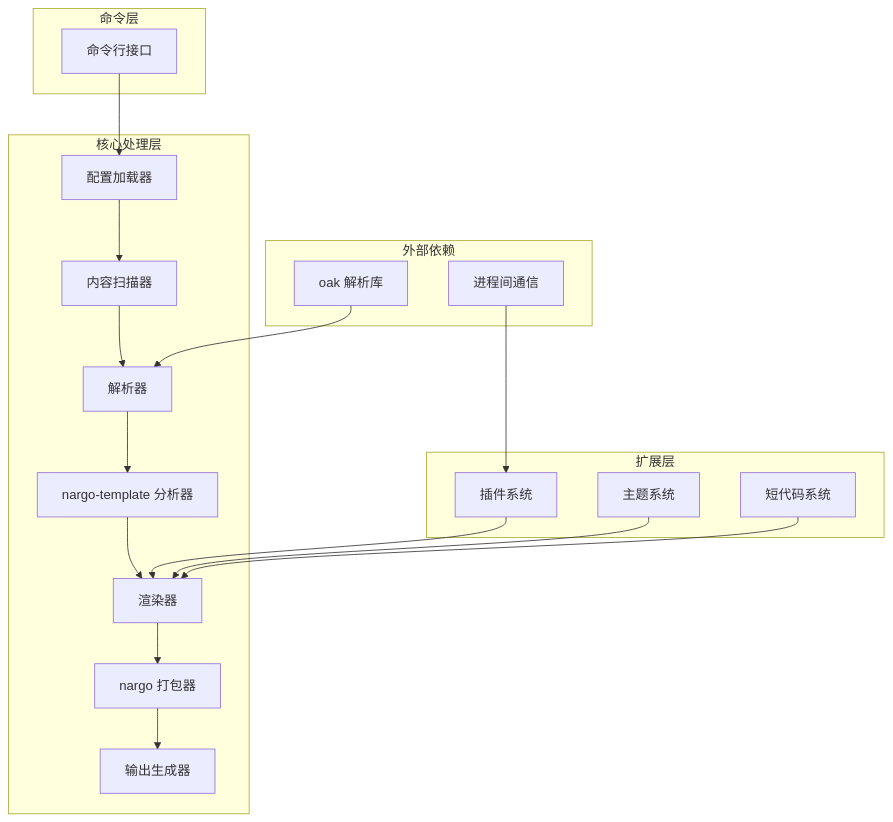
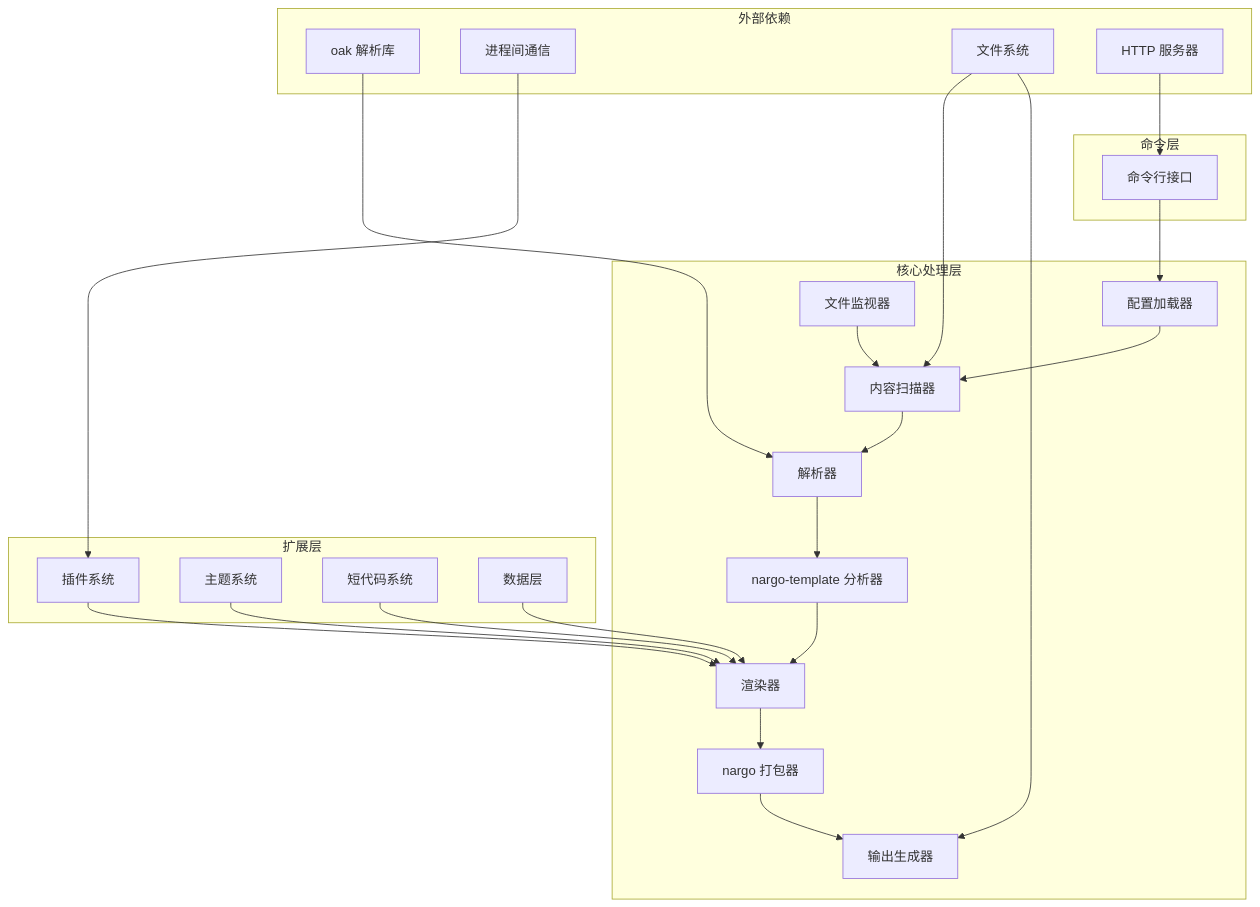
One commit to doki-land/rusty-ssg changed the diagram in docs/overview/architecture.md. Above: the diagram before and after it, drawn with Mermaid. The commit also changed other lines of this file and 79 other files, not shown here.

````diff
--- a/docs/overview/architecture.md
+++ b/docs/overview/architecture.md
@@ -9,40 +9,49 @@
 ```mermaid
 flowchart TD
     subgraph 命令层
         CLI[命令行接口]
     end
 
     subgraph 核心处理层
         ConfigLoader[配置加载器]
         ContentScanner[内容扫描器]
         Parser[解析器]
         TemplateAnalyzer[nargo-template 分析器]
         Renderer[渲染器]
         Bundler[nargo 打包器]
         OutputGenerator[输出生成器]
+        Watcher[文件监视器]
     end
 
     subgraph 扩展层
         Plugins[插件系统]
         Themes[主题系统]
         Shortcodes[短代码系统]
+        DataLayer[数据层]
     end
 
     subgraph 外部依赖
         Oak[oak 解析库]
         IPC[进程间通信]
+        FileSystem[文件系统]
+        HttpServer[HTTP 服务器]
     end
 
     CLI --> ConfigLoader
     ConfigLoader --> ContentScanner
     ContentScanner --> Parser
     Parser --> TemplateAnalyzer
     TemplateAnalyzer --> Renderer
     Renderer --> Bundler
     Bundler --> OutputGenerator
     Plugins --> Renderer
     Themes --> Renderer
     Shortcodes --> Renderer
+    DataLayer --> Renderer
     Oak --> Parser
     IPC --> Plugins
+    Watcher --> ContentScanner
+    FileSystem --> ContentScanner
+    FileSystem --> OutputGenerator
+    HttpServer --> CLI
 ```
````
